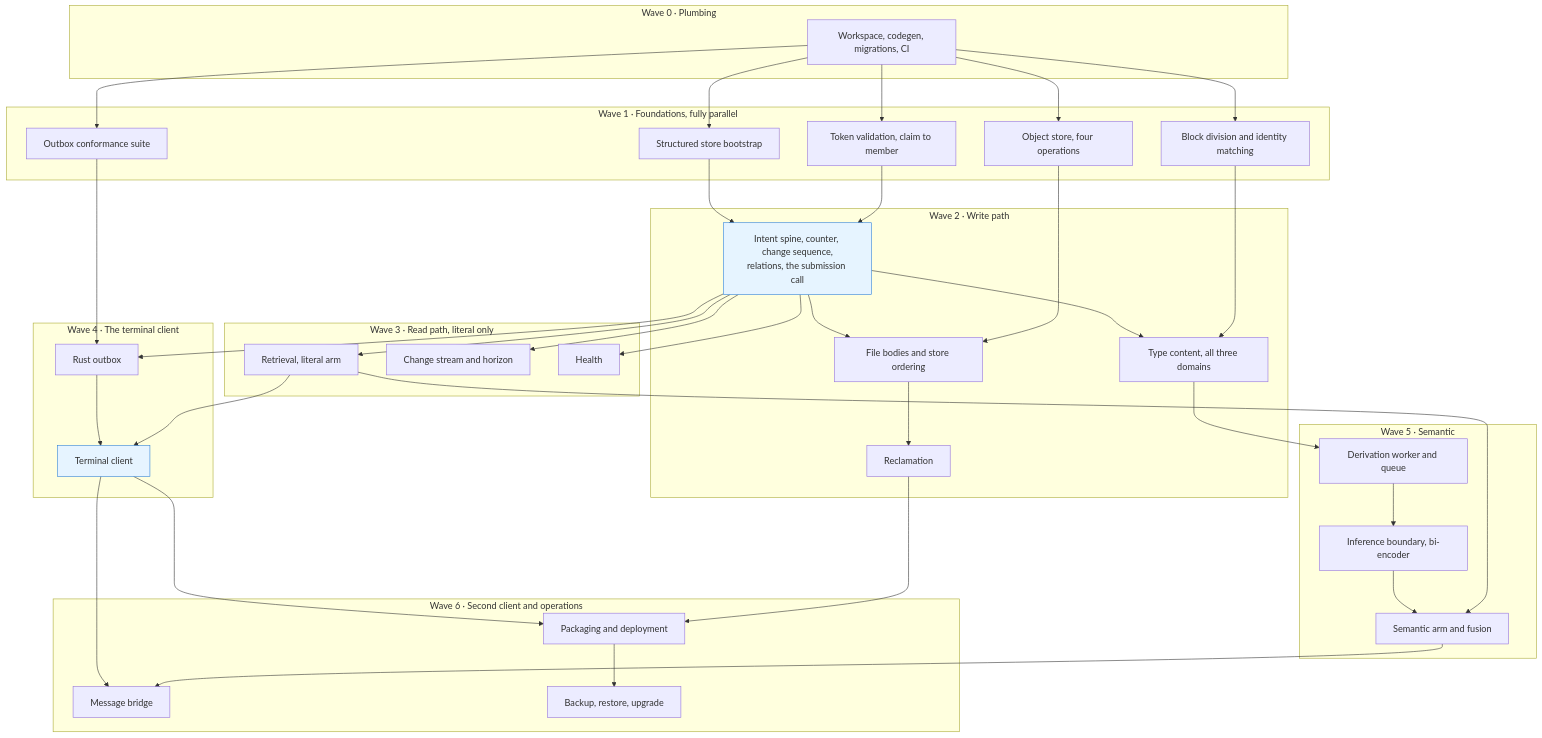
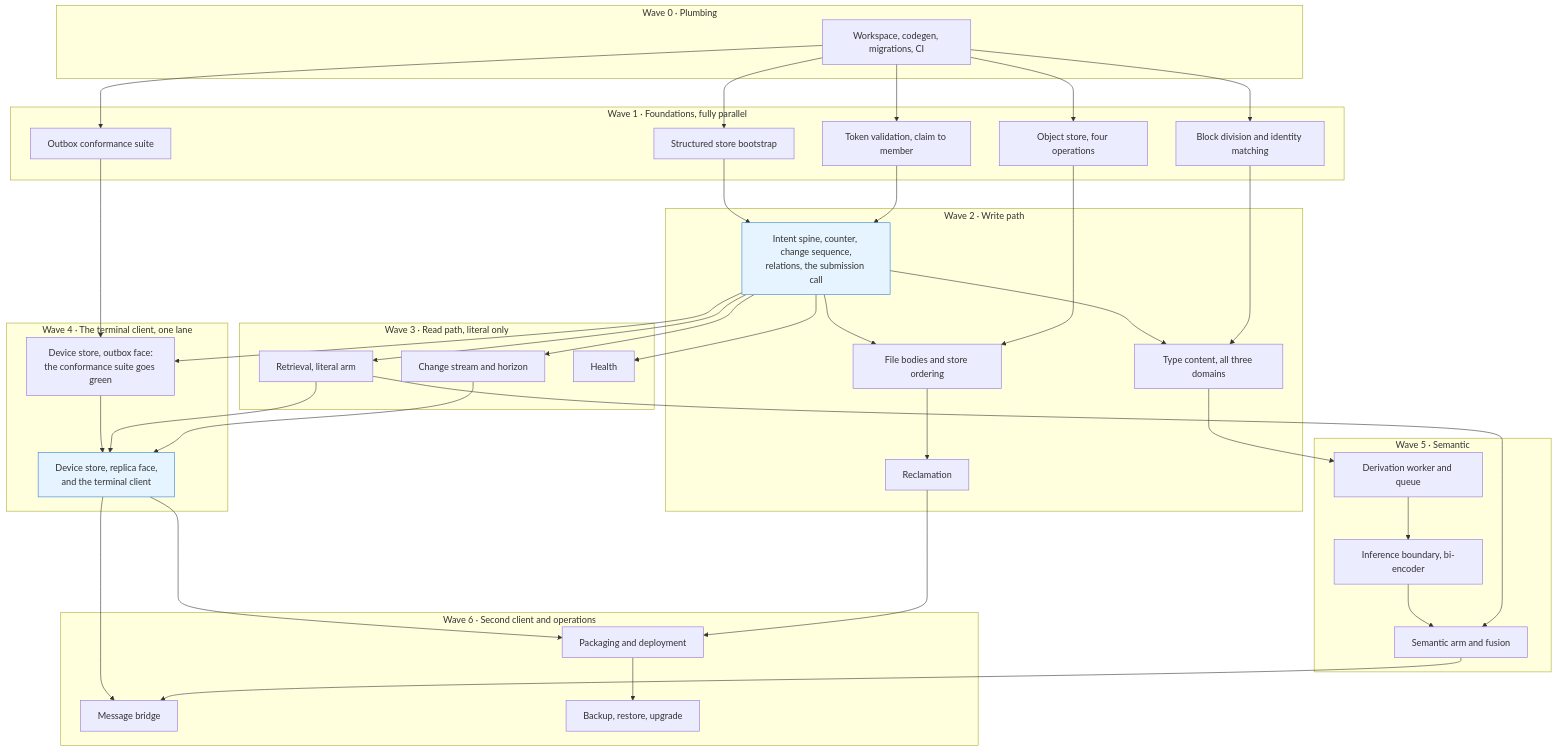
The diagram in docs/altair-v0-implementation-plan.md (getaltair/altair), drawn with Mermaid before and after one commit. The commit also changed other lines of this file and 4 other files, not shown here.

First line of the commit message:
📐 Wave 4, planned: the terminal client is a replica client (#32)

````diff
--- a/docs/altair-v0-implementation-plan.md
+++ b/docs/altair-v0-implementation-plan.md
@@ -44,81 +44,82 @@
 ```mermaid
 flowchart TB
     subgraph W0["Wave 0 · Plumbing"]
         G1["Workspace, codegen, migrations, CI"]
     end
 
     subgraph W1["Wave 1 · Foundations, fully parallel"]
         F1["Structured store bootstrap"]
         F2["Block division and identity matching"]
         F3["Object store, four operations"]
         F4["Token validation, claim to member"]
         F5["Outbox conformance suite"]
     end
 
     subgraph W2["Wave 2 · Write path"]
         A1["Intent spine, counter, change sequence,<br/>relations, the submission call"]
         A2["Type content, all three domains"]
         A3["File bodies and store ordering"]
         A4["Reclamation"]
     end
 
     subgraph W3["Wave 3 · Read path, literal only"]
         R1["Retrieval, literal arm"]
         R2["Change stream and horizon"]
         R3["Health"]
     end
 
-    subgraph W4["Wave 4 · The terminal client"]
-        C1["Rust outbox"]
-        C2["Terminal client"]
+    subgraph W4["Wave 4 · The terminal client, one lane"]
+        C1["Device store, outbox face:<br/>the conformance suite goes green"]
+        C2["Device store, replica face,<br/>and the terminal client"]
     end
 
     subgraph W5["Wave 5 · Semantic"]
         S1["Derivation worker and queue"]
         S2["Inference boundary, bi-encoder"]
         S3["Semantic arm and fusion"]
     end
 
     subgraph W6["Wave 6 · Second client and operations"]
         O1["Message bridge"]
         O2["Packaging and deployment"]
         O3["Backup, restore, upgrade"]
     end
 
     G1 --> F1
     G1 --> F2
     G1 --> F3
     G1 --> F4
     G1 --> F5
 
     F1 --> A1
     F4 --> A1
     A1 --> A2
     A1 --> A3
     F2 --> A2
     F3 --> A3
     A3 --> A4
 
     A1 --> R1
     A1 --> R2
     A1 --> R3
 
     F5 --> C1
     A1 --> C1
     C1 --> C2
     R1 --> C2
+    R2 --> C2
 
     A2 --> S1
     S1 --> S2
     S2 --> S3
     R1 --> S3
 
     C2 --> O1
     S3 --> O1
     C2 --> O2
     A4 --> O2
     O2 --> O3
 
     style A1 fill:#e6f4ff,stroke:#2b7fd9
     style C2 fill:#e6f4ff,stroke:#2b7fd9
 ```
````
